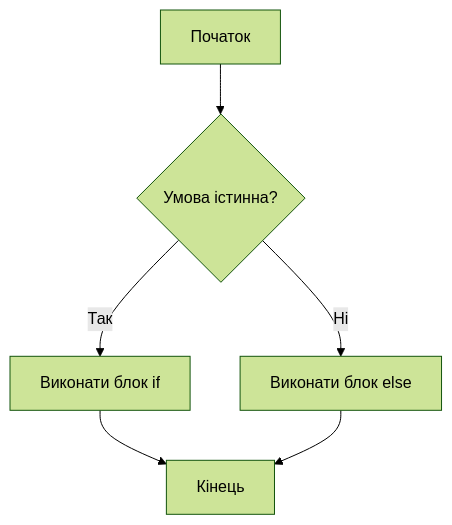
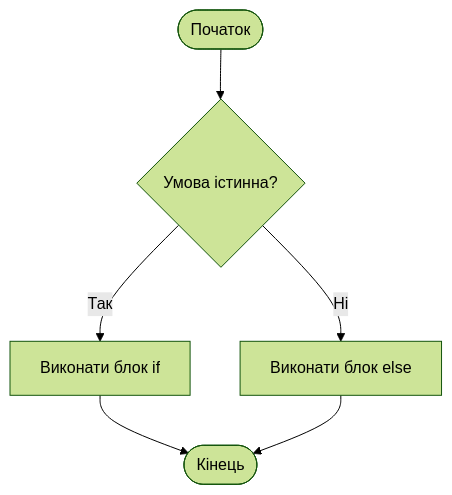
The second of 3 diagrams in Розгалуження.md (EugeneLoy/nauklit-python-8), drawn with Mermaid (forest theme) before and after one commit. The commit also changed other lines of this file, not shown here.

Commit message:
fixed flowchart issues

````diff
--- a/Розгалуження.md
+++ b/Розгалуження.md
@@ -73,8 +73,8 @@
 ```mermaid
 flowchart TD
-    A[Початок] --> B{Умова істинна?}
+    Start([Початок]) --> B{Умова істинна?}
     B -- Так --> C[Виконати блок if]
     B -- Ні --> D[Виконати блок else]
-    C --> E[Кінець]
-    D --> E
+    C --> End([Кінець])
+    D --> End
 ```
````
